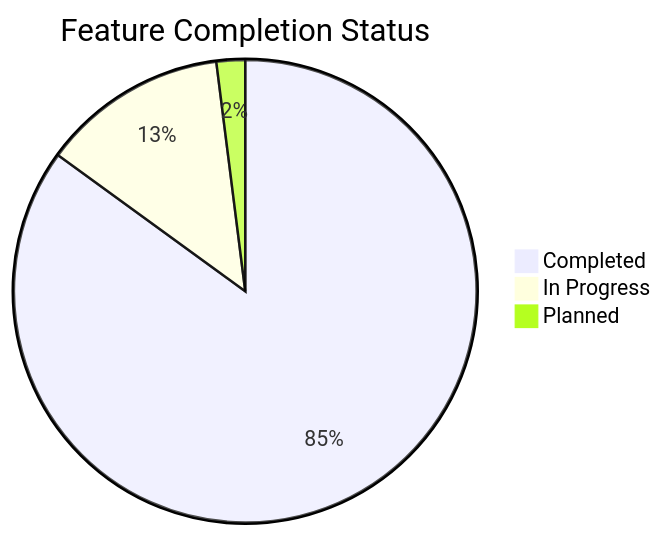
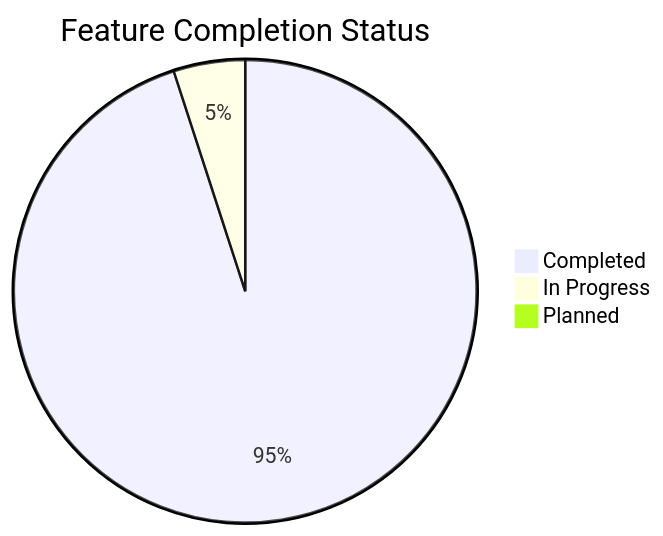
One commit to mrj0nesmtl/cloud-burst changed the second of 2 diagrams in docs/planning/roadmap.md. Above: the diagram before and after it, drawn with Mermaid. The commit also changed other lines of this file and 85 other files, not shown here.

````diff
--- a/docs/planning/roadmap.md
+++ b/docs/planning/roadmap.md
@@ -212,6 +258,6 @@
 ```mermaid
 pie title Feature Completion Status
-    "Completed" : 85
-    "In Progress" : 13
-    "Planned" : 2
+    "Completed" : 95
+    "In Progress" : 5
+    "Planned" : 0
 ```
````
